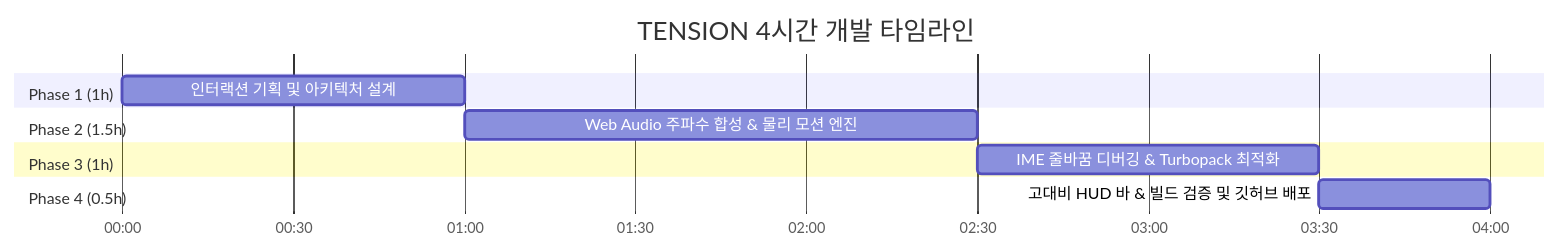
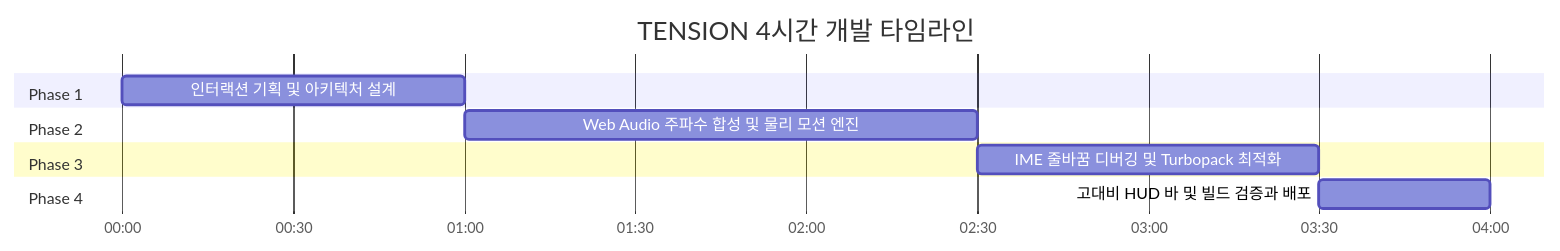
The diagram in README.md (yshls/tension), drawn with Mermaid before and after one commit. The commit also changed other lines of this file, not shown here.

````diff
--- a/README.md
+++ b/README.md
@@ -58,14 +58,14 @@
 ```mermaid
 gantt
     title TENSION 4시간 개발 타임라인
     dateFormat  HH:mm
     axisFormat %H:%M
-    section Phase 1 (1h)
+    section Phase 1
     인터랙션 기획 및 아키텍처 설계        :00:00, 1h
-    section Phase 2 (1.5h)
-    Web Audio 주파수 합성 & 물리 모션 엔진 :01:00, 1.5h
-    section Phase 3 (1h)
-    IME 줄바꿈 디버깅 & Turbopack 최적화   :02:30, 1h
-    section Phase 4 (0.5h)
-    고대비 HUD 바 & 빌드 검증 및 깃허브 배포 :03:30, 0.5h
+    section Phase 2
+    Web Audio 주파수 합성 및 물리 모션 엔진 :01:00, 1.5h
+    section Phase 3
+    IME 줄바꿈 디버깅 및 Turbopack 최적화   :02:30, 1h
+    section Phase 4
+    고대비 HUD 바 및 빌드 검증과 배포       :03:30, 0.5h
 ```
````
